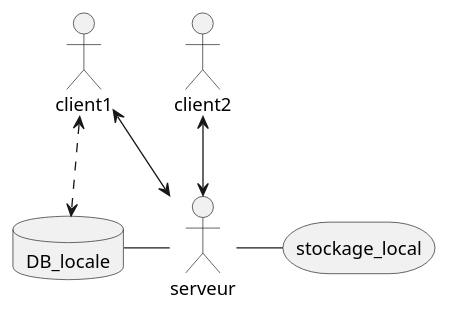
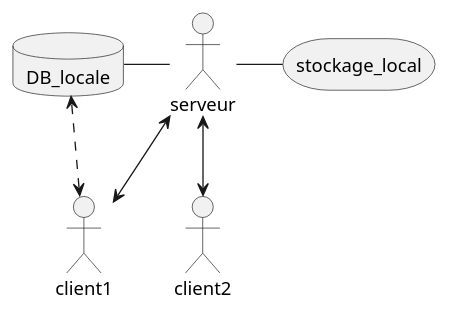
Before and after one commit to heig-vd-pro2017/cahier-des-charges: the diagram in overview.plantuml, drawn with PlantUML.

Commit message:
Overview MàJ

```diff
--- a/overview.plantuml
+++ b/overview.plantuml
@@ -1,17 +1,18 @@
 @startuml
 
+actor serveur
 database DB_locale
-actor serveur
 storage stockage_local
+
 actor client1
 actor client2
-
-client1 <--> serveur
-client2 <--> serveur
 
 DB_locale - serveur
 serveur - stockage_local
 
 client1 <..> DB_locale
 
+serveur <--> client1
+serveur <--> client2
+
 @enduml
```
